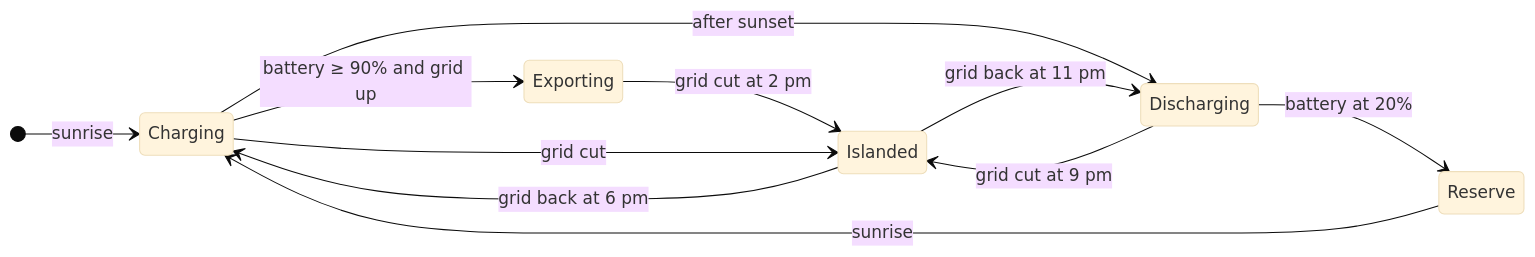
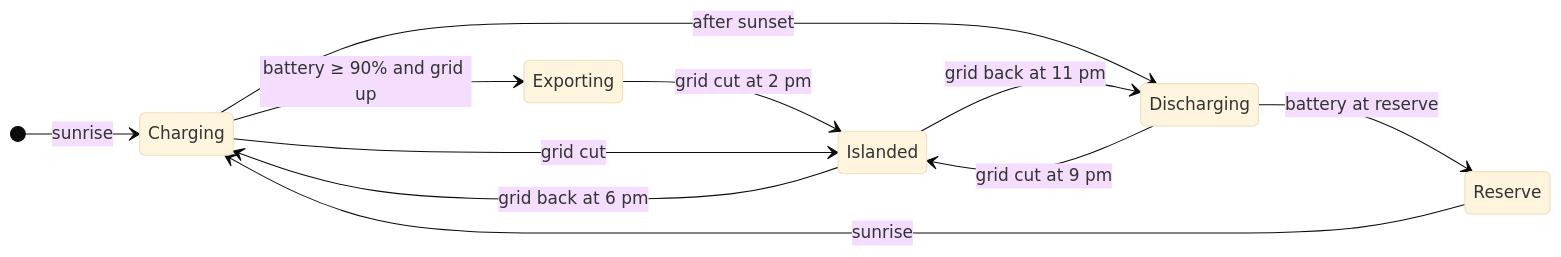
The fifth of 9 diagrams in README.md (Roushan-2104/Urasicous-Clean-Tech), drawn with Mermaid (base theme) before and after one commit. The commit also changed other lines of this file and 18 other files, not shown here.

````diff
--- a/README.md
+++ b/README.md
@@ -160,14 +249,14 @@
 ```mermaid
 stateDiagram-v2
     direction LR
     [*] --> Charging: sunrise
     Charging --> Exporting: battery ≥ 90% and grid up
     Exporting --> Islanded: grid cut at 2 pm
     Charging --> Islanded: grid cut
     Islanded --> Charging: grid back at 6 pm
     Charging --> Discharging: after sunset
     Discharging --> Islanded: grid cut at 9 pm
     Islanded --> Discharging: grid back at 11 pm
-    Discharging --> Reserve: battery at 20%
+    Discharging --> Reserve: battery at reserve
     Reserve --> Charging: sunrise
 ```
````
